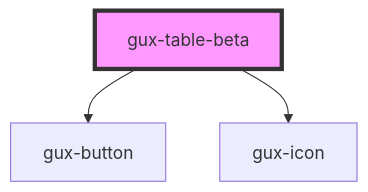
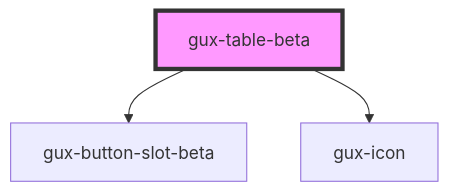
One commit to MyPureCloud/genesys-spark changed the diagram in src/components/beta/gux-table/readme.md. Above: the diagram before and after it, drawn with Mermaid. The commit also changed other lines of this file and 12 other files, not shown here.

````diff
--- a/src/components/beta/gux-table/readme.md
+++ b/src/components/beta/gux-table/readme.md
@@ -47,6 +47,6 @@
 ```mermaid
 graph TD;
-  gux-table-beta --> gux-button
+  gux-table-beta --> gux-button-slot-beta
   gux-table-beta --> gux-icon
   style gux-table-beta fill:#f9f,stroke:#333,stroke-width:4px
 ```
````
